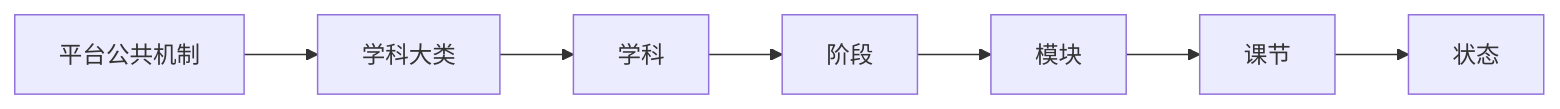
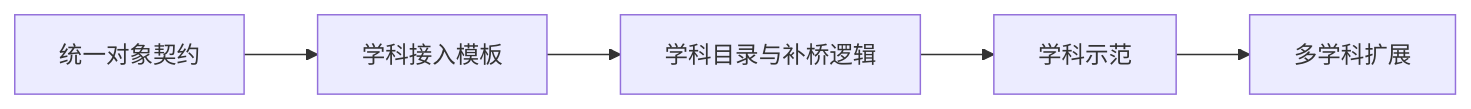
The diagram in doc/智能体文档/平台层/AI主导学习平台-学科大类与接入规范.md (chenqsq/doc-showcase), drawn with Mermaid before and after one commit. The commit also changed other lines of this file and 20 other files, not shown here.

````diff
--- a/doc/智能体文档/平台层/AI主导学习平台-学科大类与接入规范.md
+++ b/doc/智能体文档/平台层/AI主导学习平台-学科大类与接入规范.md
@@ -31,9 +44,7 @@
 ```mermaid
 flowchart LR
-    A[平台公共机制] --> B[学科大类]
-    B --> C[学科]
-    C --> D[阶段]
-    D --> E[模块]
-    E --> F[课节]
-    F --> G[状态]
+    A[统一对象契约] --> B[学科接入模板]
+    B --> C[学科目录与补桥逻辑]
+    C --> D[学科示范]
+    D --> E[多学科扩展]
 ```
````
